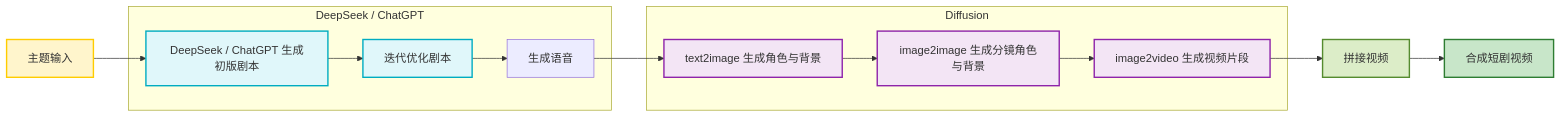
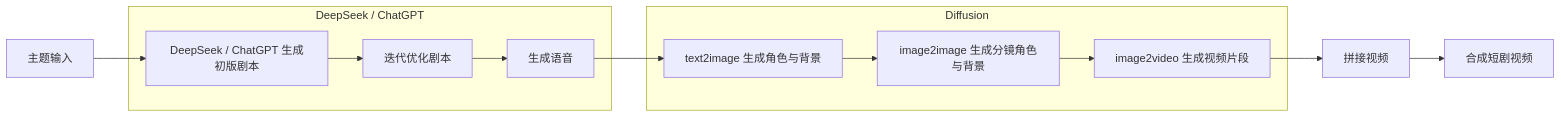
The diagram in README.md (Mingyang0018/FastVideo), drawn with Mermaid before and after one commit.

Commit message:
3rd commit

````diff
--- a/README.md
+++ b/README.md
@@ -9,34 +9,25 @@
 ```mermaid
 graph LR;
     A[主题输入] --> B[DeepSeek / ChatGPT 生成初版剧本];
     B --> C[迭代优化剧本];
     C --> C1[生成语音];
     C1 --> D[text2image 生成角色与背景];
     D --> E[image2image 生成分镜角色与背景];
     E --> F[image2video 生成视频片段];
     F --> G[拼接视频];
     G --> H[合成短剧视频];
 
     %% 辅助分支说明
     subgraph DeepSeek / ChatGPT
         B
         C
 	C1
     end
 
     subgraph Diffusion
         D
         E
         F
     end
 
-    style A fill:#fff5cc,stroke:#ffcc00,stroke-width:2px
-    style B fill:#e0f7fa,stroke:#00acc1,stroke-width:2px
-    style C fill:#e0f7fa,stroke:#00acc1,stroke-width:2px
-    style D fill:#f3e5f5,stroke:#8e24aa,stroke-width:2px
-    style E fill:#f3e5f5,stroke:#8e24aa,stroke-width:2px
-    style F fill:#f3e5f5,stroke:#8e24aa,stroke-width:2px
-    style G fill:#dcedc8,stroke:#558b2f,stroke-width:2px
-    style H fill:#c8e6c9,stroke:#2e7d32,stroke-width:2px
-
 ```
````
